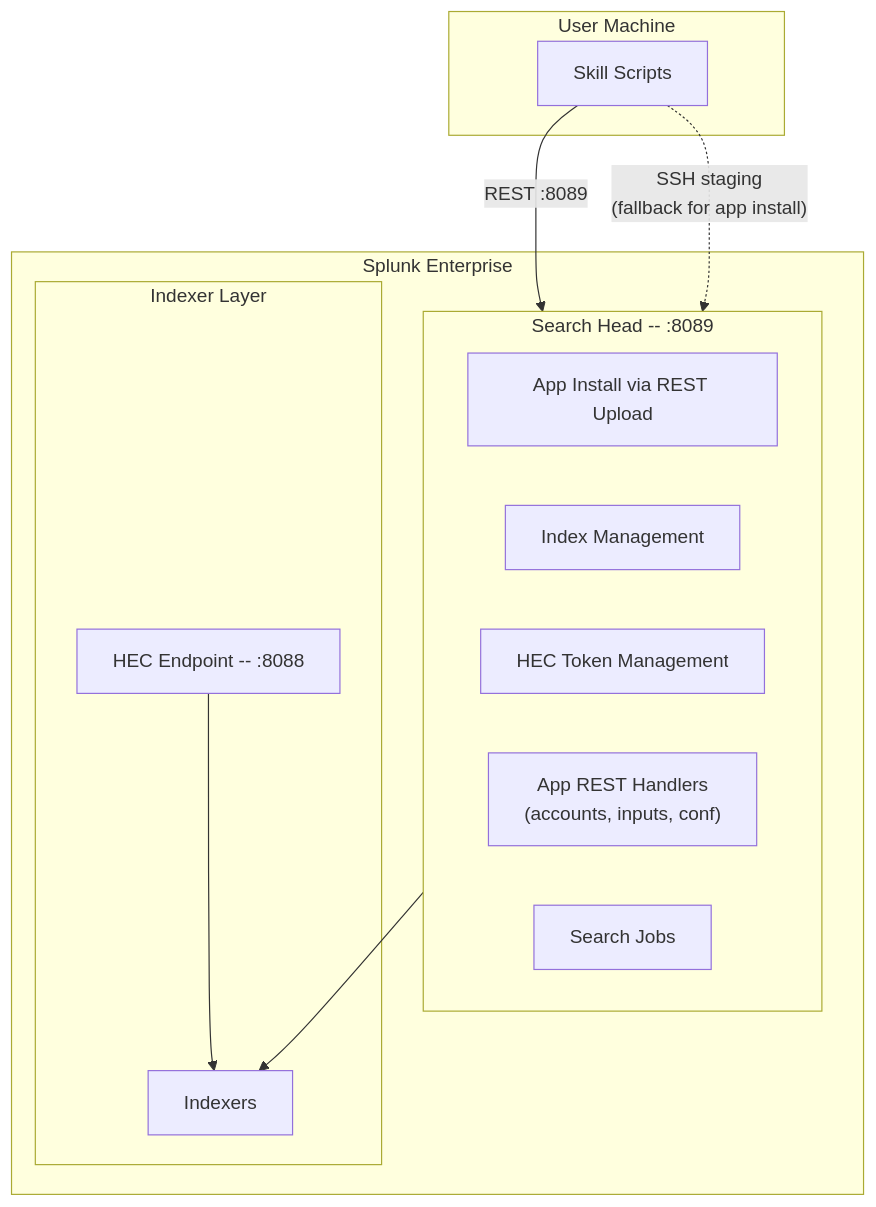
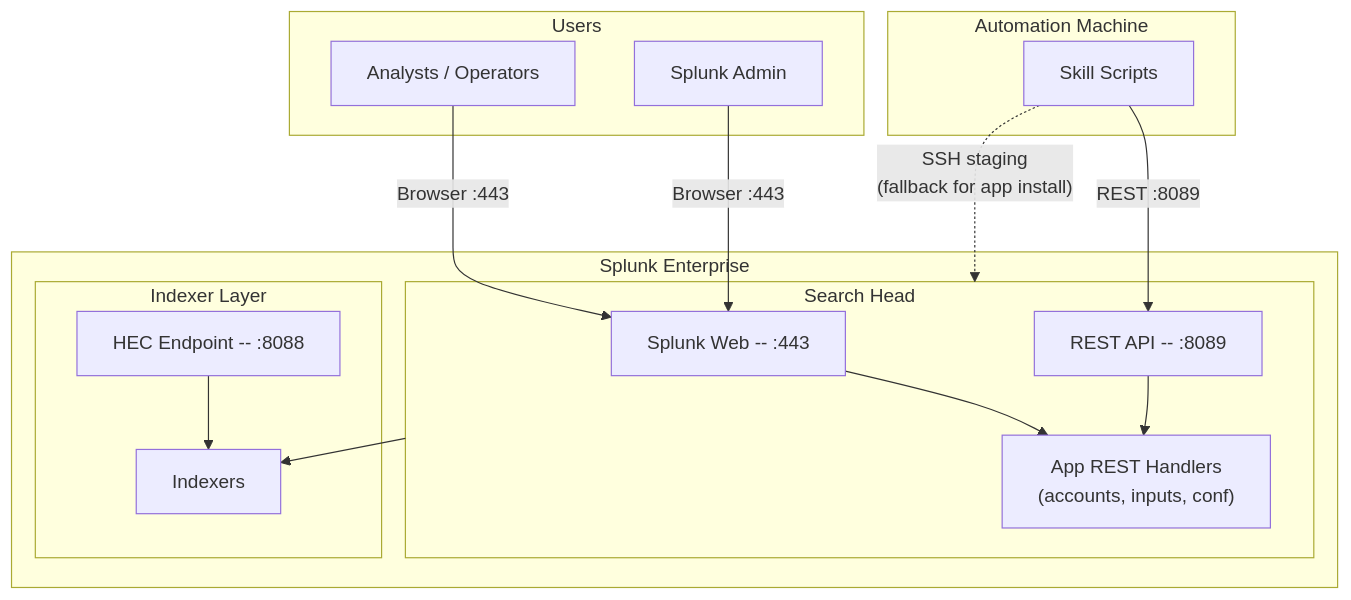
One commit to chambear2809/splunk-cisco-skills changed the second of 7 diagrams in ARCHITECTURE.md. Above: the diagram before and after it, drawn with Mermaid. The commit also changed other lines of this file, not shown here.

First line of the commit message:
Add users and Splunk Web to architecture diagrams

````diff
--- a/ARCHITECTURE.md
+++ b/ARCHITECTURE.md
@@ -64,26 +72,33 @@
 ```mermaid
 flowchart TB
-  subgraph userMachine [User Machine]
+  subgraph users [Users]
+    SplunkUser["Analysts / Operators"]
+    Admin["Splunk Admin"]
+  end
+
+  subgraph userMachine [Automation Machine]
     Scripts[Skill Scripts]
   end
 
   subgraph splunkEnterprise [Splunk Enterprise]
-    subgraph searchHead ["Search Head -- :8089"]
-      RESTApps[App Install via REST Upload]
-      RESTIndexes[Index Management]
-      RESTHEC[HEC Token Management]
+    subgraph searchHead [Search Head]
+      SplunkWeb["Splunk Web -- :443"]
+      RESTAPI["REST API -- :8089"]
       AppREST["App REST Handlers\n(accounts, inputs, conf)"]
-      SearchJobs[Search Jobs]
     end
 
     subgraph indexer [Indexer Layer]
       HECEndpoint["HEC Endpoint -- :8088"]
       Indexers[Indexers]
     end
   end
 
-  Scripts -->|"REST :8089"| searchHead
+  SplunkUser -->|"Browser :443"| SplunkWeb
+  Admin -->|"Browser :443"| SplunkWeb
+  Scripts -->|"REST :8089"| RESTAPI
   Scripts -.->|"SSH staging\n(fallback for app install)"| searchHead
+  RESTAPI --> AppREST
+  SplunkWeb --> AppREST
   HECEndpoint --> Indexers
   searchHead --> Indexers
 ```
````
